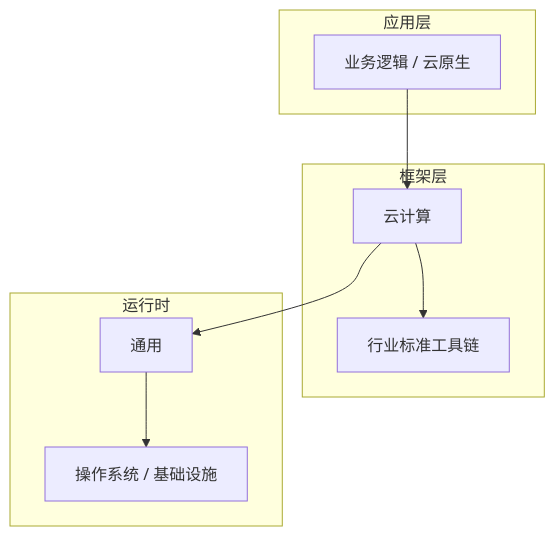
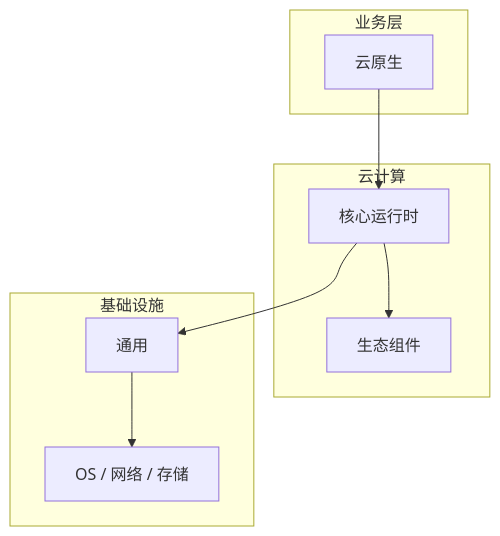
Before and after one commit to yanggan2015/knowledge-json-v2: the diagram in articles/云计算/chapters/045-云原生核心概念与原理.md, drawn with Mermaid. The commit also changed other lines of this file and 10127 other files, not shown here.

````diff
--- a/articles/云计算/chapters/045-云原生核心概念与原理.md
+++ b/articles/云计算/chapters/045-云原生核心概念与原理.md
@@ -45,18 +34,18 @@
 ```mermaid
 graph TB
-    subgraph 应用层
-        A[业务逻辑 / 云原生]
+    subgraph 业务层
+        A[云原生]
     end
-    subgraph 框架层
-        B[云计算]
-        C[行业标准工具链]
+    subgraph 云计算
+        B[核心运行时]
+        C[生态组件]
     end
-    subgraph 运行时
+    subgraph 基础设施
         D[通用]
-        E[操作系统 / 基础设施]
+        E[OS / 网络 / 存储]
     end
     A --> B
     B --> C
     B --> D
     D --> E
 ```
````
